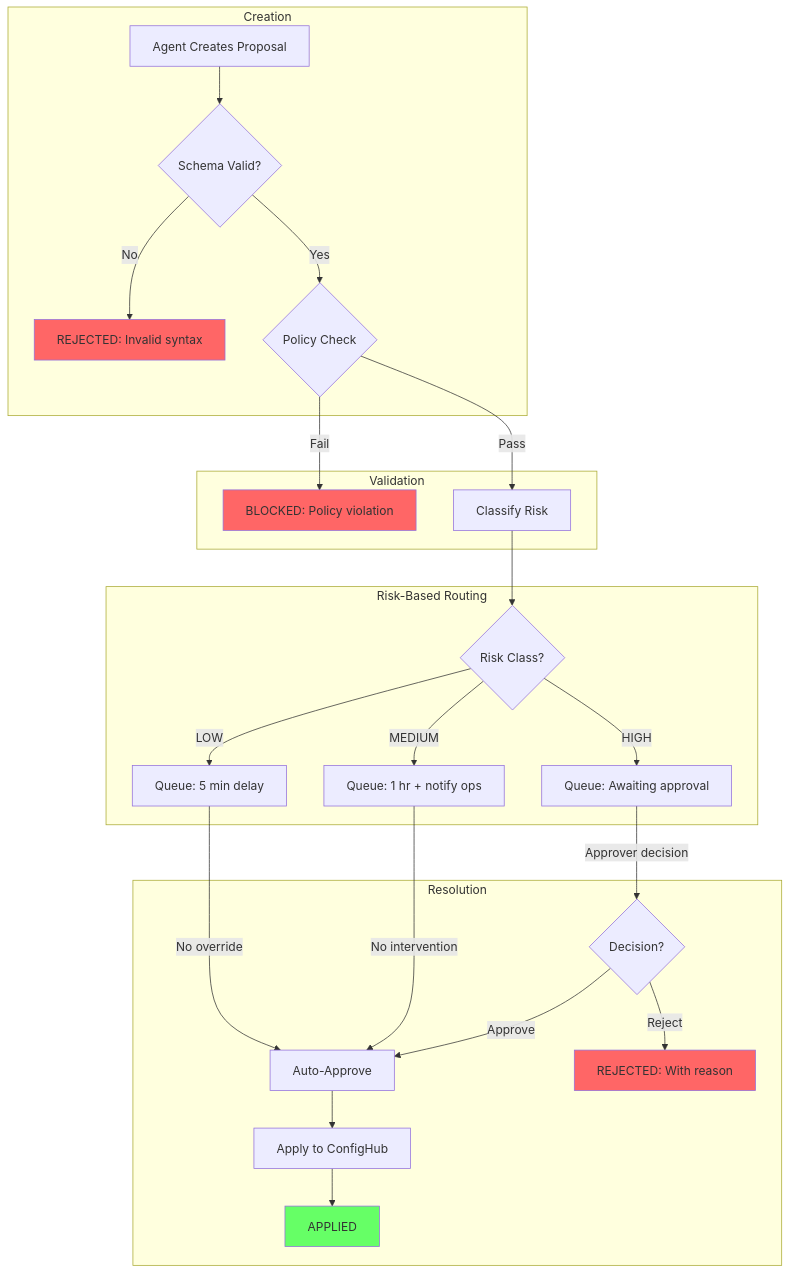
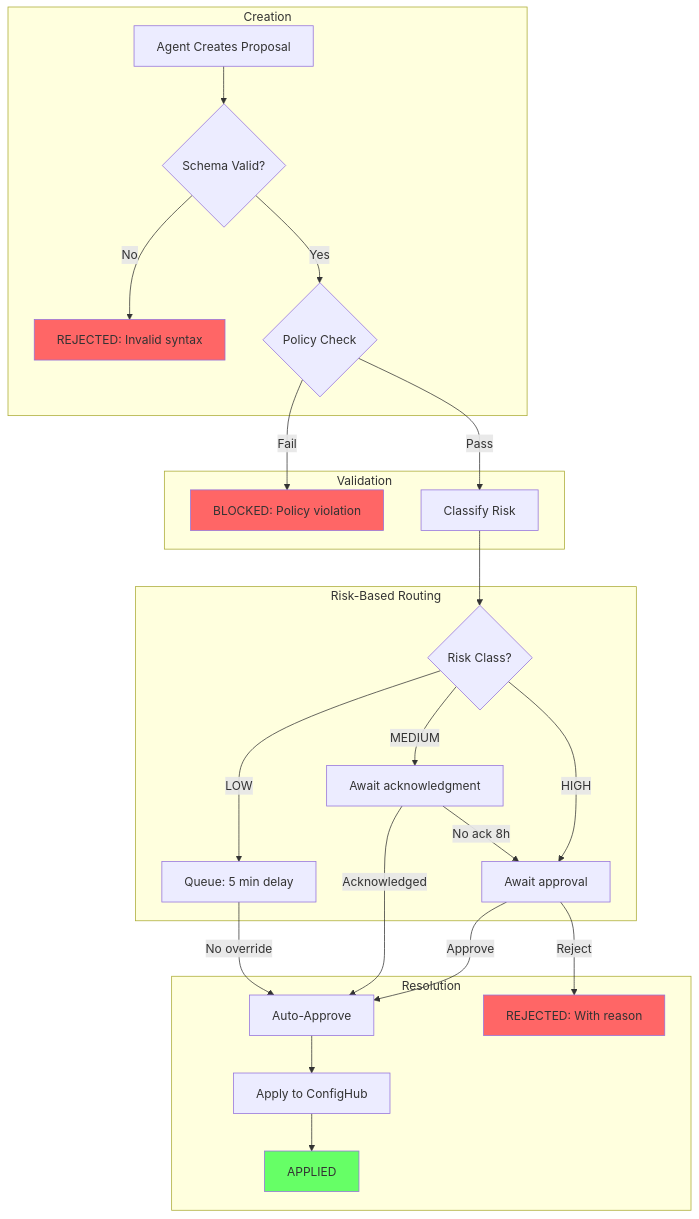
One commit to davetashner/serverless-message-wall-demo changed the diagram in docs/design-agent-proposal-workflow.md. Above: the diagram before and after it, drawn with Mermaid. The commit also changed other lines of this file and 4 other files, not shown here.

First line of the commit message:
ISSUE-20.3: Strengthen MEDIUM risk auto-approve design

````diff
--- a/docs/design-agent-proposal-workflow.md
+++ b/docs/design-agent-proposal-workflow.md
@@ -66,35 +66,35 @@
 ```mermaid
 flowchart TD
     subgraph Creation
         A[Agent Creates Proposal] --> B{Schema Valid?}
         B -->|No| C[REJECTED: Invalid syntax]
         B -->|Yes| D{Policy Check}
     end
 
     subgraph Validation
         D -->|Fail| E[BLOCKED: Policy violation]
         D -->|Pass| F[Classify Risk]
     end
 
     subgraph "Risk-Based Routing"
         F --> G{Risk Class?}
         G -->|LOW| H[Queue: 5 min delay]
-        G -->|MEDIUM| I[Queue: 1 hr + notify ops]
-        G -->|HIGH| J[Queue: Awaiting approval]
+        G -->|MEDIUM| I[Await acknowledgment]
+        G -->|HIGH| J[Await approval]
     end
 
     subgraph Resolution
         H -->|No override| K[Auto-Approve]
-        I -->|No intervention| K
-        J -->|Approver decision| L{Decision?}
-        L -->|Approve| K
-        L -->|Reject| M[REJECTED: With reason]
+        I -->|Acknowledged| K
+        I -->|No ack 8h| J
+        J -->|Approve| K
+        J -->|Reject| M[REJECTED: With reason]
         K --> N[Apply to ConfigHub]
         N --> O[APPLIED]
     end
 
     style C fill:#f66
     style E fill:#f66
     style M fill:#f66
     style O fill:#6f6
 ```
````
